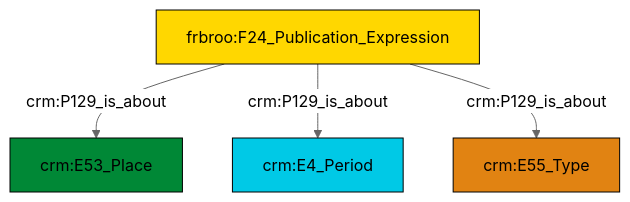
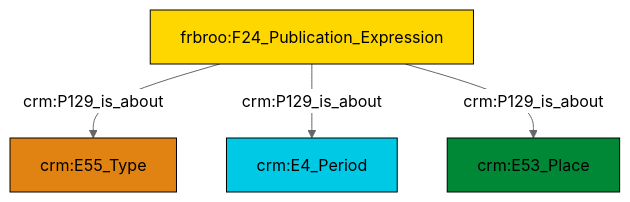
One commit to swiss-art-research-net/reference-data-models changed the diagram in et/biblioCSV/ttl/mmd/biblio_aboutness.ttl.mmd. Above: the diagram before and after it, drawn with Mermaid (neutral theme). The commit also changed 123 other files, not shown here.

```diff
--- a/et/biblioCSV/ttl/mmd/biblio_aboutness.ttl.mmd
+++ b/et/biblioCSV/ttl/mmd/biblio_aboutness.ttl.mmd
@@ -1,18 +1,18 @@
 graph TD
 classDef Literal fill:#f2f2f2,stroke:#000000;
 classDef CRM_Entity fill:#FFFFFF,stroke:#000000;
 classDef Temporal_Entity fill:#00C9E6, stroke:#000000;
 classDef Type fill:#E18312, stroke:#000000;
 classDef Time-Span fill:#2C9C91, stroke:#000000;
 classDef Appellation fill:#FFEB7F, stroke:#000000;
 classDef Place fill:#008836, stroke:#000000;
 classDef Persistent_Item fill:#B266B2, stroke:#000000;
 classDef Conceptual_Object fill:#FFD700, stroke:#000000;
 classDef Physical_Thing fill:#D2B48C, stroke:#000000;
 classDef Actor fill:#f58aad, stroke:#000000;
 classDef PC_Classes fill:#4ce600, stroke:#000000;
 classDef Multi fill:#cccccc,stroke:#000000;
 
-0["frbroo:F24_Publication_Expression"]:::Conceptual_Object -->|crm:P129_is_about| 2["crm:E53_Place"]:::Place
-0["frbroo:F24_Publication_Expression"]:::Conceptual_Object -->|crm:P129_is_about| 4["crm:E4_Period"]:::Temporal_Entity
-0["frbroo:F24_Publication_Expression"]:::Conceptual_Object -->|crm:P129_is_about| 6["crm:E55_Type"]:::Type
+0["frbroo:F24_Publication_Expression"]:::Conceptual_Object -->|crm:P129_is_about| 2["crm:E55_Type"]:::Type
+0["frbroo:F24_Publication_Expression"]:::Conceptual_Object -->|crm:P129_is_about| 3["crm:E4_Period"]:::Temporal_Entity
+0["frbroo:F24_Publication_Expression"]:::Conceptual_Object -->|crm:P129_is_about| 6["crm:E53_Place"]:::Place
```
